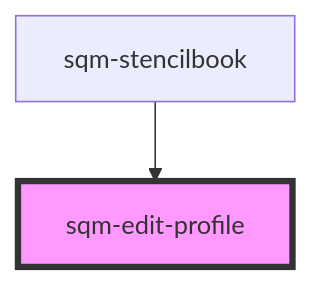
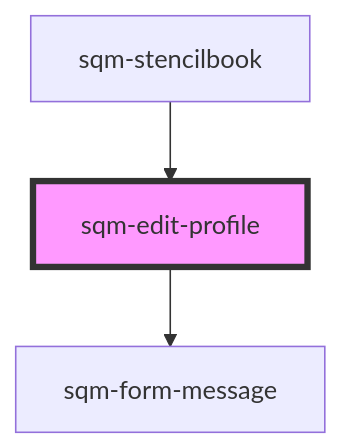
The diagram in packages/mint-components/src/components/edit-profile/readme.md (saasquatch/program-tools), drawn with Mermaid before and after one commit. The commit also changed other lines of this file and 3 other files, not shown here.

Commit message:
Add error message to edit profile

````diff
--- a/packages/mint-components/src/components/edit-profile/readme.md
+++ b/packages/mint-components/src/components/edit-profile/readme.md
@@ -28,5 +32,6 @@
 ```mermaid
 graph TD;
+  sqm-edit-profile --> sqm-form-message
   sqm-stencilbook --> sqm-edit-profile
   style sqm-edit-profile fill:#f9f,stroke:#333,stroke-width:4px
 ```
````
